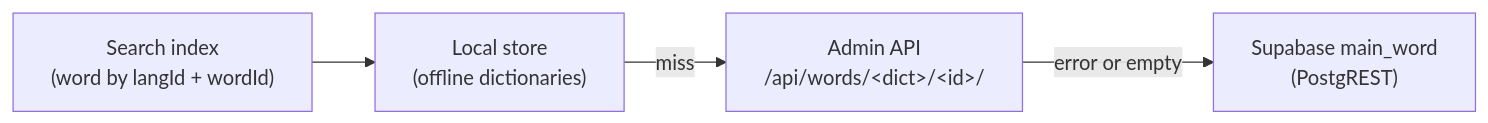
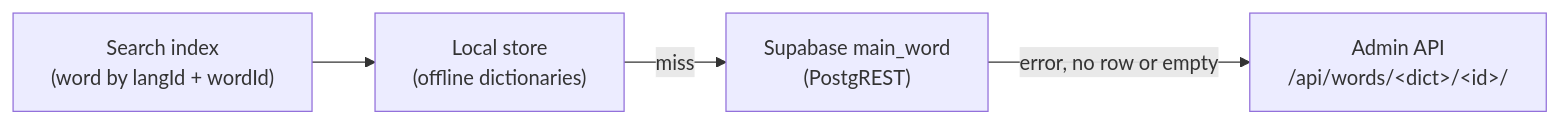
One commit to alehmazok/skarnik_android changed the second of 2 diagrams in docs/architecture.md. Above: the diagram before and after it, drawn with Mermaid. The commit also changed other lines of this file and 3 other files, not shown here.

First line of the commit message:
Ask Supabase before the admin API for translations

````diff
--- a/docs/architecture.md
+++ b/docs/architecture.md
@@ -130,6 +131,6 @@
 ```mermaid
 flowchart LR
     W["Search index<br/>(word by langId + wordId)"] --> L["Local store<br/>(offline dictionaries)"]
-    L -->|miss| A["Admin API<br/>/api/words/&lt;dict&gt;/&lt;id&gt;/"]
-    A -->|error or empty| S["Supabase main_word<br/>(PostgREST)"]
+    L -->|miss| S["Supabase main_word<br/>(PostgREST)"]
+    S -->|error, no row or empty| A["Admin API<br/>/api/words/&lt;dict&gt;/&lt;id&gt;/"]
 ```
````
